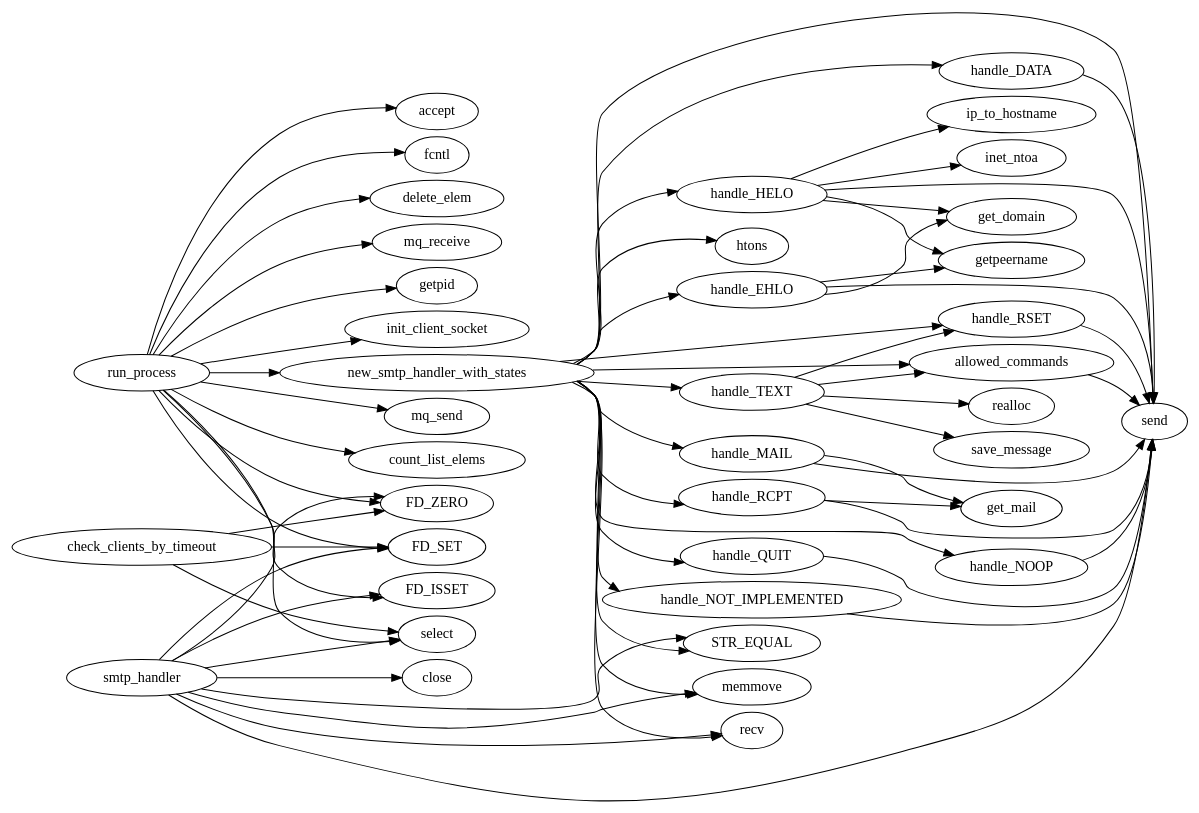
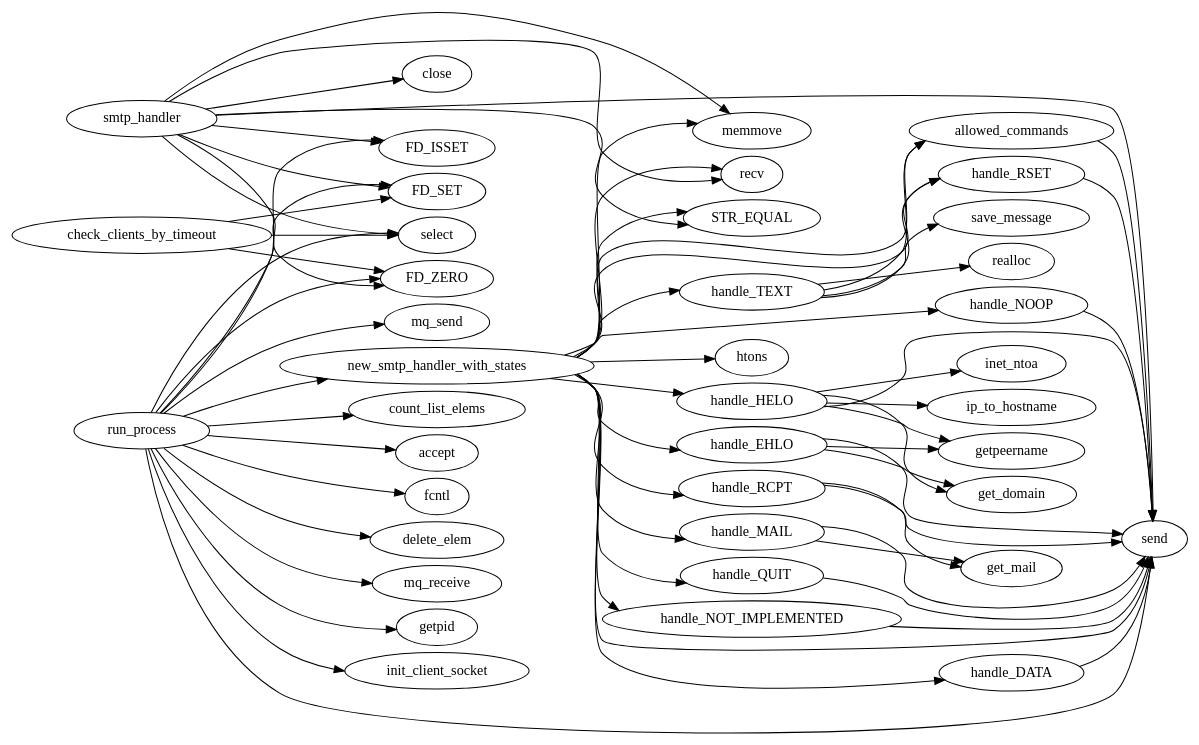
The diagram in report/dot/scflow02.dot (BorodinDmitriy/bmstu-smtp), drawn with Graphviz before and after one commit. The commit also changed 9 other files, not shown here.

```diff
--- a/report/dot/scflow02.dot
+++ b/report/dot/scflow02.dot
@@ -1,67 +1,68 @@
 digraph map {
 rankdir=LR;
 ranksep=0.1; nodesep=0.1; defaultdist = 0.1; len = 0.1;
 handle_RCPT->send;
 handle_EHLO->send;
 smtp_handler->select;
 smtp_handler->FD_ISSET;
 run_process->mq_send;
 new_smtp_handler_with_states->handle_DATA;
 handle_MAIL->get_mail;
 smtp_handler->recv;
 run_process->count_list_elems;
 handle_TEXT->handle_RSET;
 new_smtp_handler_with_states->htons;
 handle_HELO->getpeername;
 allowed_commands->send;
 smtp_handler->send;
 handle_TEXT->save_message;
 new_smtp_handler_with_states->allowed_commands;
 new_smtp_handler_with_states->handle_EHLO;
 smtp_handler->FD_ZERO;
 new_smtp_handler_with_states->handle_NOOP;
 new_smtp_handler_with_states->handle_RSET;
 handle_NOOP->send;
 handle_EHLO->get_domain;
 handle_QUIT->send;
 run_process->accept;
 smtp_handler->close;
 handle_MAIL->send;
 run_process->fcntl;
 handle_TEXT->allowed_commands;
 run_process->delete_elem;
 handle_HELO->get_domain;
 handle_HELO->inet_ntoa;
 new_smtp_handler_with_states->handle_MAIL;
 handle_RCPT->get_mail;
 run_process->mq_receive;
 handle_TEXT->realloc;
 run_process->getpid;
 handle_DATA->send;
 handle_HELO->ip_to_hostname;
 new_smtp_handler_with_states->recv;
 check_clients_by_timeout->FD_ZERO;
 new_smtp_handler_with_states->handle_TEXT;
 run_process->init_client_socket;
 handle_RSET->send;
 run_process->new_smtp_handler_with_states;
 run_process->FD_SET;
 new_smtp_handler_with_states->handle_NOT_IMPLEMENTED;
 new_smtp_handler_with_states->handle_RCPT;
 handle_EHLO->getpeername;
 handle_HELO->send;
 new_smtp_handler_with_states->handle_QUIT;
 smtp_handler->STR_EQUAL;
 check_clients_by_timeout->FD_SET;
 run_process->FD_ISSET;
 check_clients_by_timeout->select;
 smtp_handler->FD_SET;
 new_smtp_handler_with_states->send;
 handle_NOT_IMPLEMENTED->send;
 run_process->FD_ZERO;
 new_smtp_handler_with_states->memmove;
+run_process->send;
 new_smtp_handler_with_states->handle_HELO;
 run_process->select;
 smtp_handler->memmove;
 new_smtp_handler_with_states->STR_EQUAL;
 }
```
